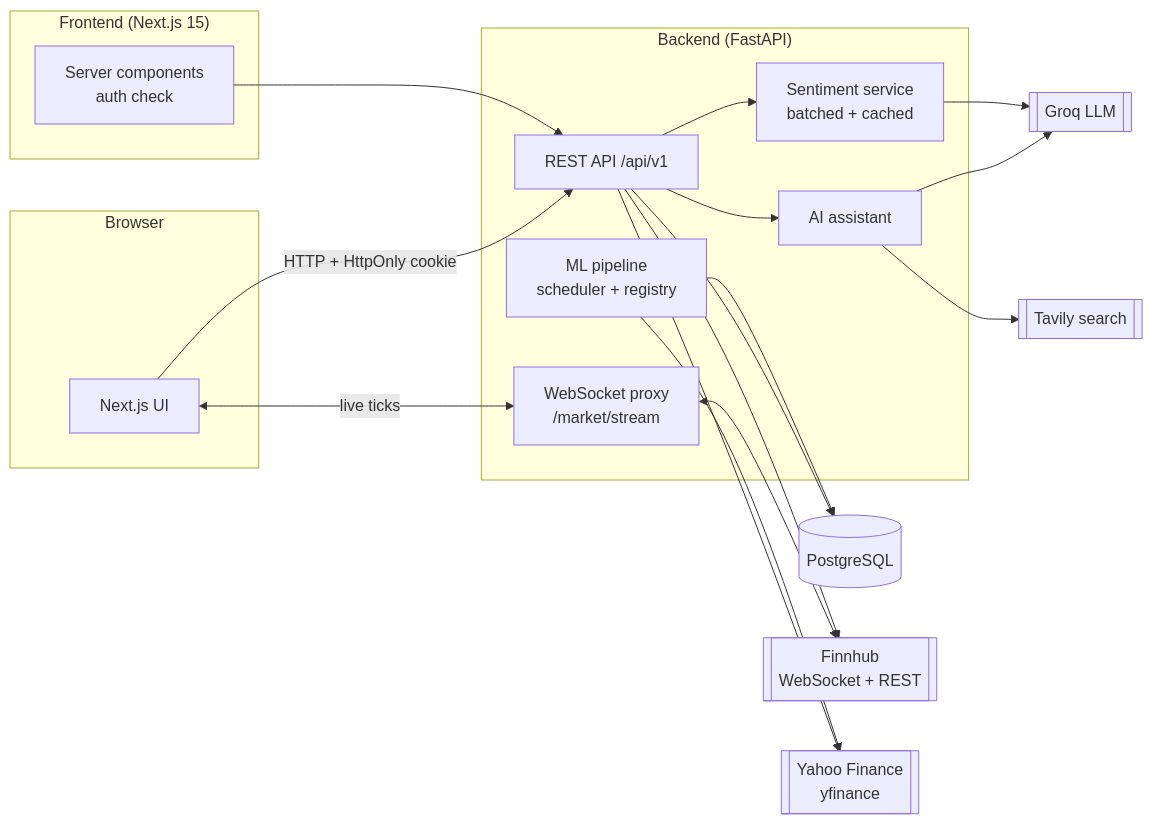
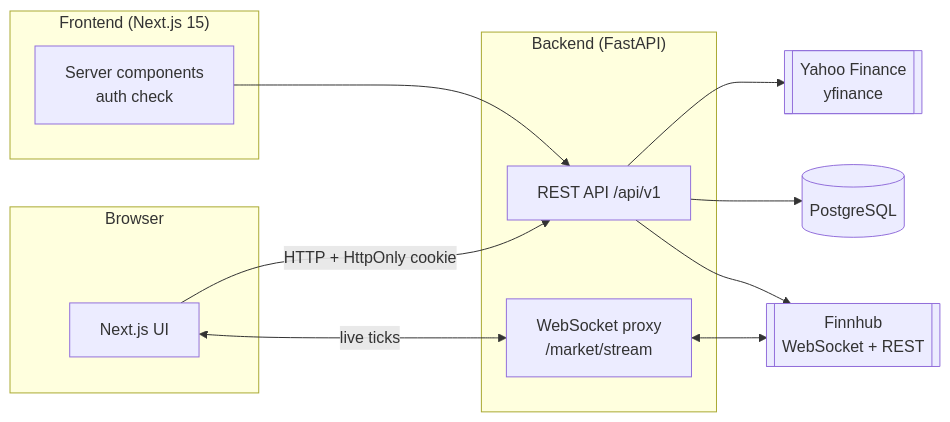
Before and after one commit to Jugalpatel3981/Stock-Analytics: the diagram in docs/ARCHITECTURE.md, drawn with Mermaid. The commit also changed other lines of this file and 65 other files, not shown here.

First line of the commit message:
Remove AI assistant, news sentiment and price prediction

````diff
--- a/docs/ARCHITECTURE.md
+++ b/docs/ARCHITECTURE.md
@@ -7,40 +6,28 @@
 ```mermaid
 flowchart LR
     subgraph Browser
         UI[Next.js UI]
     end
 
     subgraph Frontend["Frontend (Next.js 15)"]
         SSR[Server components<br/>auth check]
     end
 
     subgraph Backend["Backend (FastAPI)"]
         API[REST API /api/v1]
         WS[WebSocket proxy<br/>/market/stream]
-        Chat[AI assistant]
-        Sent[Sentiment service<br/>batched + cached]
-        ML[ML pipeline<br/>scheduler + registry]
     end
 
     DB[(PostgreSQL)]
 
     Finnhub[[Finnhub<br/>WebSocket + REST]]
     Yahoo[[Yahoo Finance<br/>yfinance]]
-    Groq[[Groq LLM]]
-    Tavily[[Tavily search]]
 
     UI -->|HTTP + HttpOnly cookie| API
     UI <-->|live ticks| WS
     SSR --> API
     WS <--> Finnhub
     API --> Yahoo
     API --> Finnhub
-    API --> Chat
-    API --> Sent
-    Chat --> Groq
-    Chat --> Tavily
-    Sent --> Groq
     API --> DB
-    ML --> Yahoo
-    ML --> DB
 ```
````
